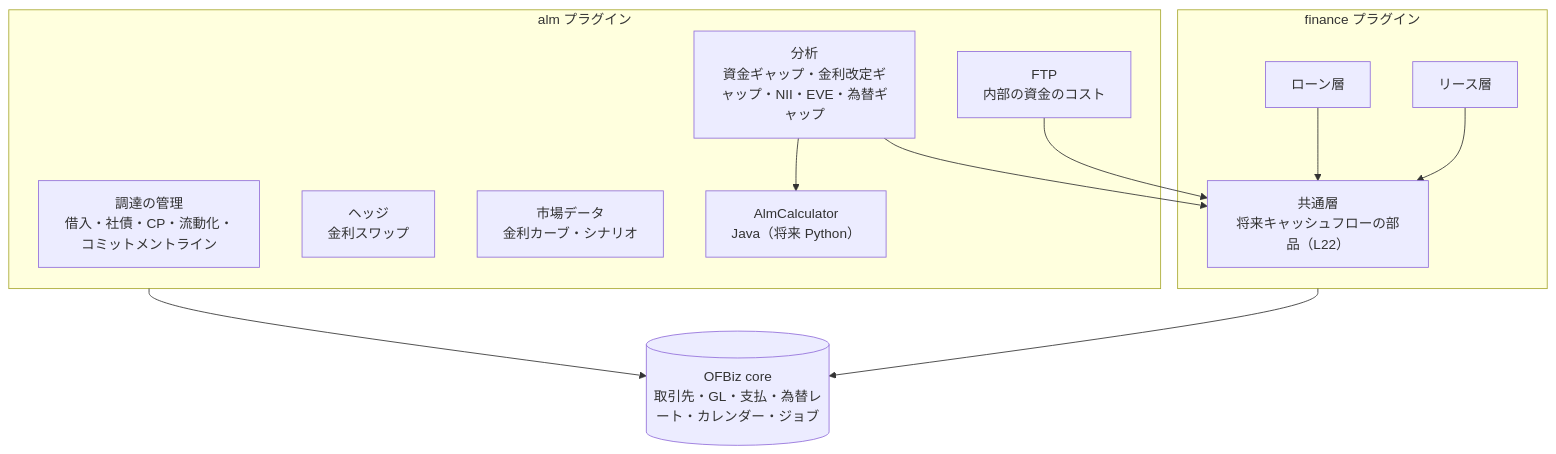
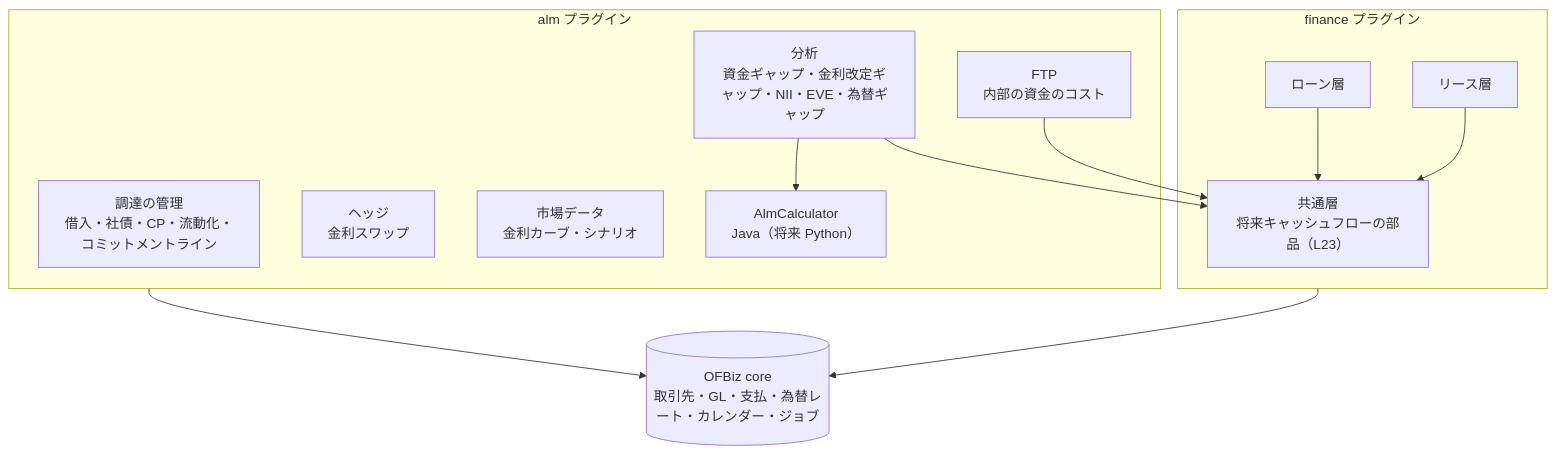
One commit to naofum/ofbiz-plugins-finance changed the first of 2 diagrams in REQUIREMENTS_ALM.md. Above: the diagram before and after it, drawn with Mermaid. The commit also changed other lines of this file and 7 other files, not shown here.

Commit message:
docs: plan lessee plugin (REQUIREMENTS_LESSEE.md, SPEC_LESSEE.md); sublease bridge as L22, cash flow provider renumbered to L23

````diff
--- a/REQUIREMENTS_ALM.md
+++ b/REQUIREMENTS_ALM.md
@@ -31,24 +31,24 @@
 ```mermaid
 flowchart TB
     subgraph ALM[alm プラグイン]
         F1[調達の管理<br/>借入・社債・CP・流動化・コミットメントライン]
         F2[ヘッジ<br/>金利スワップ]
         F3[市場データ<br/>金利カーブ・シナリオ]
         F4[分析<br/>資金ギャップ・金利改定ギャップ・NII・EVE・為替ギャップ]
         F5[FTP<br/>内部の資金のコスト]
         CALC[AlmCalculator<br/>Java（将来 Python）]
     end
     subgraph FIN[finance プラグイン]
-        CF[共通層<br/>将来キャッシュフローの部品（L22）]
+        CF[共通層<br/>将来キャッシュフローの部品（L23）]
         LN[ローン層]
         LS[リース層]
     end
     OFBIZ[(OFBiz core<br/>取引先・GL・支払・為替レート・カレンダー・ジョブ)]
     F4 --> CALC
     F4 --> CF
     F5 --> CF
     LN --> CF
     LS --> CF
     ALM --> OFBIZ
     FIN --> OFBIZ
 ```
````
